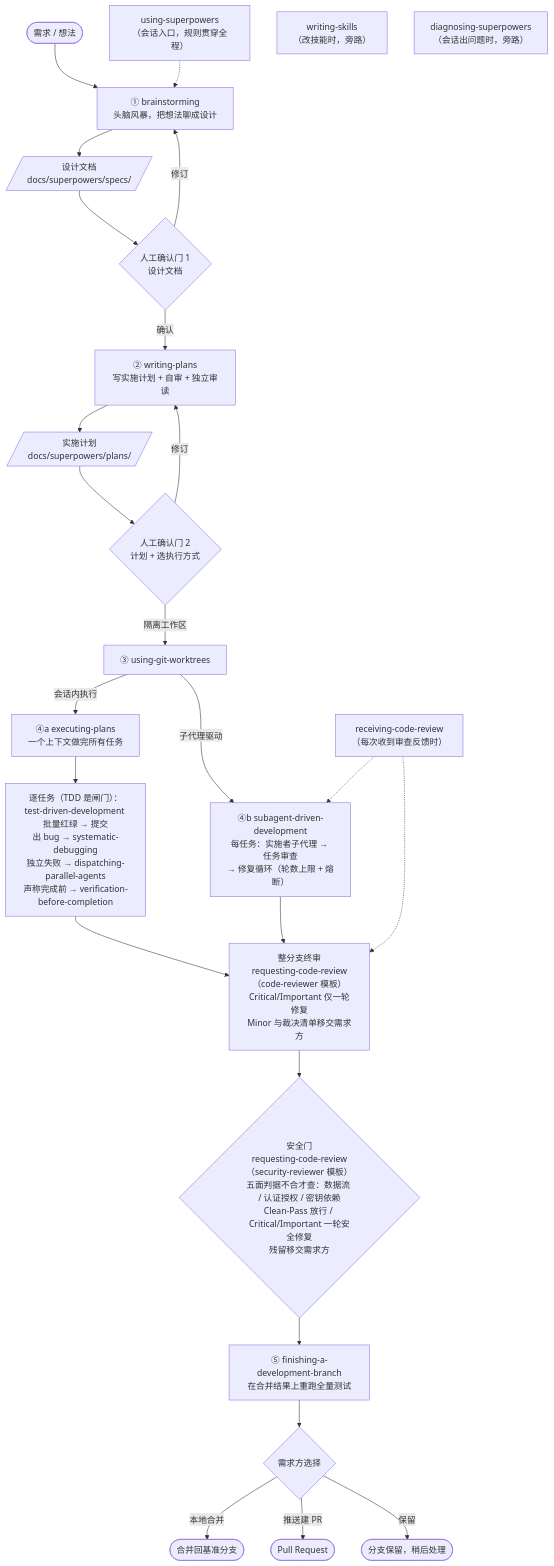
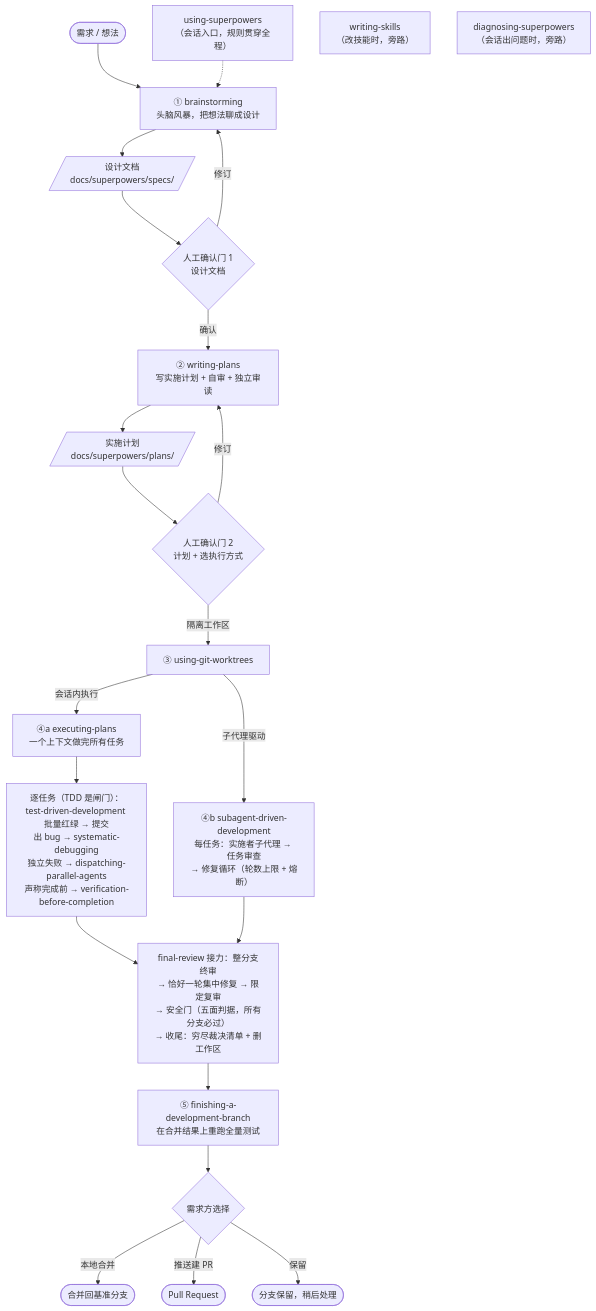
Before and after one commit to chuxiao/superpowers: the diagram in docs/skills-map.md, drawn with Mermaid. The commit also changed other lines of this file and 1 other file, not shown here.

First line of the commit message:
Task 3: 术语地图与 drill 同步 final-review 单户结构

````diff
--- a/docs/skills-map.md
+++ b/docs/skills-map.md
@@ -8,34 +8,31 @@
 ```mermaid
 flowchart TD
     US["using-superpowers<br/>（会话入口，规则贯穿全程）"]
     IDEA([需求 / 想法]) --> BS
     US -.-> BS
 
     BS["① brainstorming<br/>头脑风暴，把想法聊成设计"] --> SPEC[/"设计文档<br/>docs/superpowers/specs/"/]
     SPEC --> G1{"人工确认门 1<br/>设计文档"}
     G1 -- "修订" --> BS
     G1 -- "确认" --> WP["② writing-plans<br/>写实施计划 + 自审 + 独立审读"]
     WP --> PLAN[/"实施计划<br/>docs/superpowers/plans/"/]
     PLAN --> G2{"人工确认门 2<br/>计划 + 选执行方式"}
     G2 -- "修订" --> WP
 
     G2 -- "隔离工作区" --> WT["③ using-git-worktrees"]
     WT -- "会话内执行" --> EP["④a executing-plans<br/>一个上下文做完所有任务"]
     WT -- "子代理驱动" --> SDD["④b subagent-driven-development<br/>每任务：实施者子代理 → 任务审查<br/>→ 修复循环（轮数上限 + 熔断）"]
 
     EP --> LOOP["逐任务（TDD 是闸门）：<br/>test-driven-development 批量红绿 → 提交<br/>出 bug → systematic-debugging<br/>独立失败 → dispatching-parallel-agents<br/>声称完成前 → verification-before-completion"]
-    LOOP --> FR
+    LOOP --> CR
 
-    SDD --> FR["整分支终审<br/>requesting-code-review（code-reviewer 模板）<br/>Critical/Important 仅一轮修复<br/>Minor 与裁决清单移交需求方"]
-    RCR["receiving-code-review<br/>（每次收到审查反馈时）"] -.-> SDD
-    RCR -.-> FR
-    FR --> SG{"安全门<br/>requesting-code-review（security-reviewer 模板）<br/>五面判据不合才查：数据流 / 认证授权 / 密钥依赖<br/>Clean-Pass 放行 / Critical/Important 一轮安全修复<br/>残留移交需求方"}
-    SG --> FIN["⑤ finishing-a-development-branch<br/>在合并结果上重跑全量测试"]
+    SDD --> CR["final-review 接力：整分支终审<br/>→ 恰好一轮集中修复 → 限定复审<br/>→ 安全门（五面判据，所有分支必过）<br/>→ 收尾：穷尽裁决清单 + 删工作区"]
+    CR --> FIN["⑤ finishing-a-development-branch<br/>在合并结果上重跑全量测试"]
     FIN --> DEC{"需求方选择"}
     DEC -- "本地合并" --> M([合并回基准分支])
     DEC -- "推送建 PR" --> P([Pull Request])
     DEC -- "保留" --> K([分支保留，稍后处理])
 
     WS["writing-skills<br/>（改技能时，旁路）"]
     DS["diagnosing-superpowers<br/>（会话出问题时，旁路）"]
 ```
````
